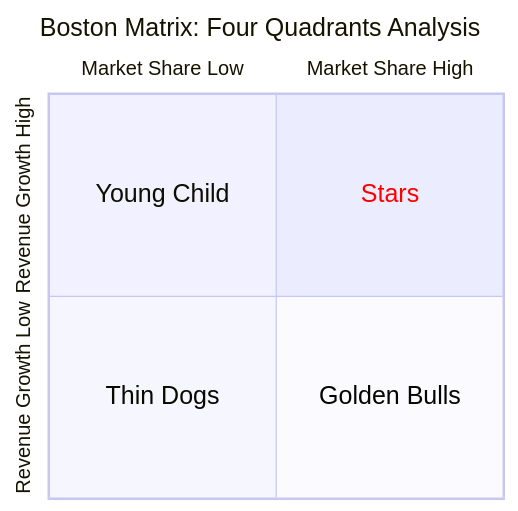
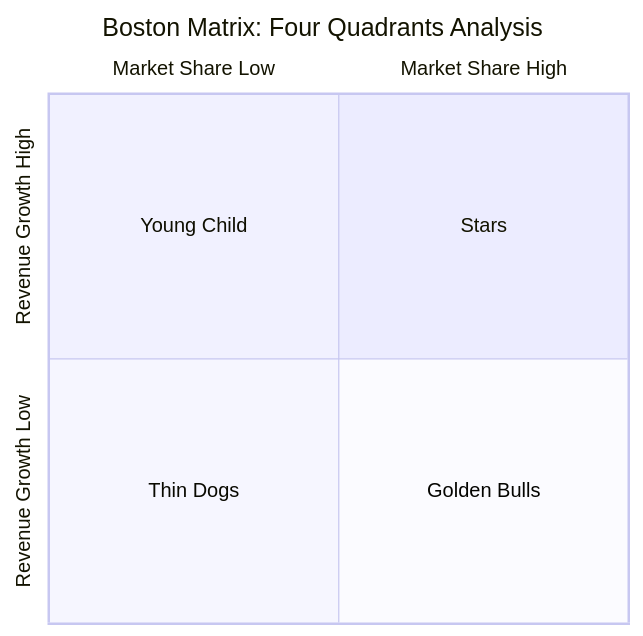
The diagram in docs/Study/Management/Remain.md (SmilingWayne/me), drawn with Mermaid before and after one commit. The commit also changed other lines of this file and 18 other files, not shown here.

Commit message:
Daily Update and Warn Mermaid

````diff
--- a/docs/Study/Management/Remain.md
+++ b/docs/Study/Management/Remain.md
@@ -69,11 +69,10 @@
 ```mermaid
-%%{init: {"quadrantChart": {"chartWidth": 400, "chartHeight": 400, "quadrantLabelFontSize": 20}, "themeVariables": {"quadrant1TextFill": "#ff0000"} }}%%
 quadrantChart
     title Boston Matrix: Four Quadrants Analysis
     x-axis Market Share Low -->  Market Share High
     y-axis Revenue Growth Low -->  Revenue Growth High
     quadrant-1 Stars
     quadrant-2 Young Child
     quadrant-3 Thin Dogs
     quadrant-4 Golden Bulls
 ```
````
